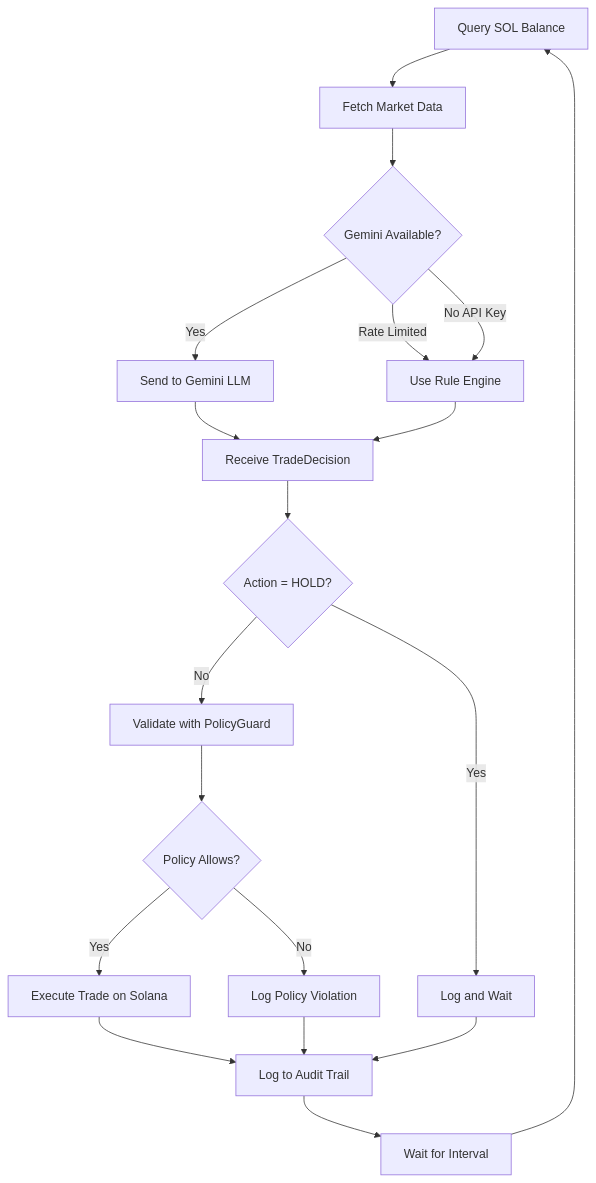
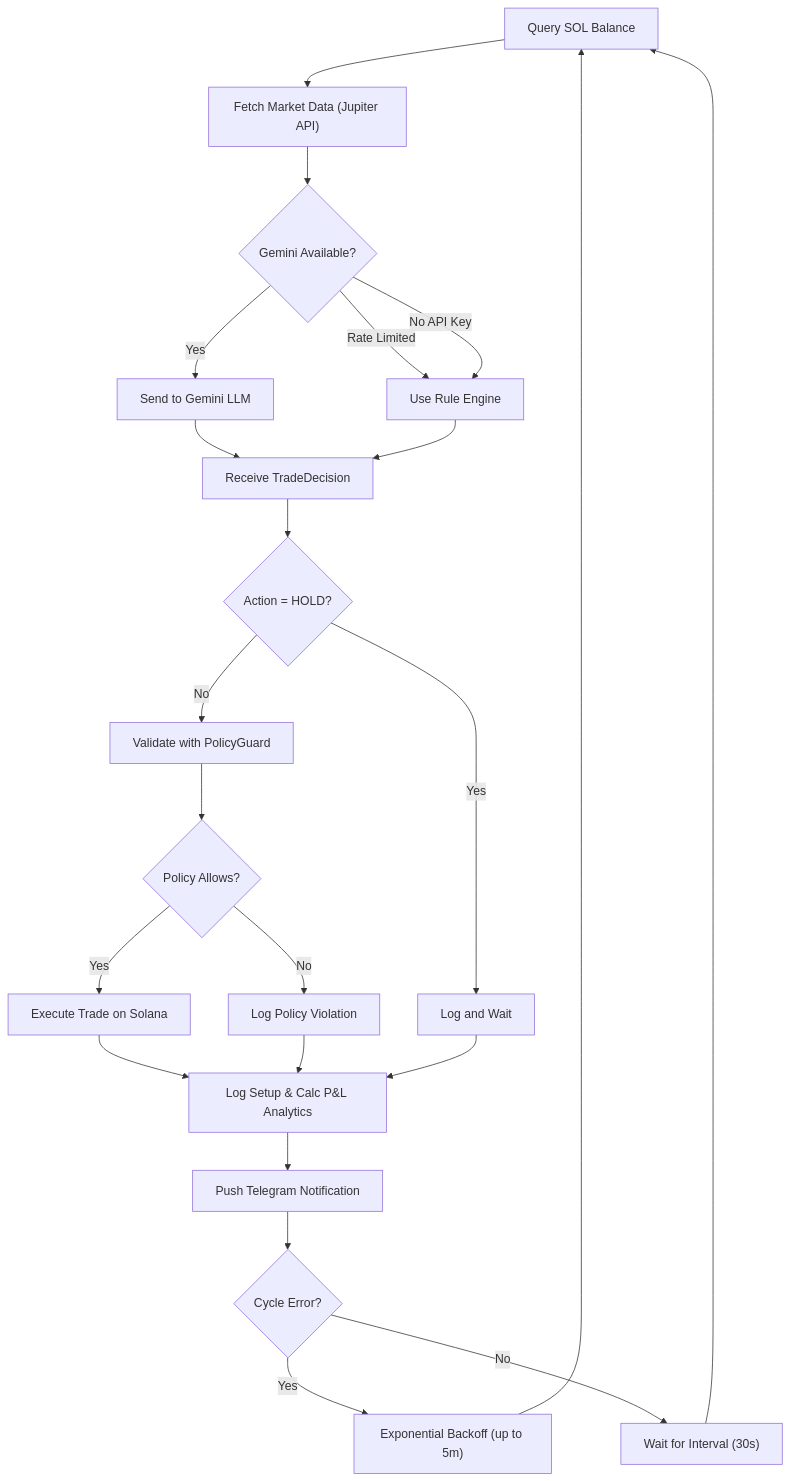
One commit to thetruesammyjay/bridle changed the diagram in SKILLS.md. Above: the diagram before and after it, drawn with Mermaid. The commit also changed other lines of this file and 4 other files, not shown here.

Commit message:
docs: update architecture diagrams and inject new dashboard screenshots

````diff
--- a/SKILLS.md
+++ b/SKILLS.md
@@ -131,21 +133,25 @@
 ```mermaid
 flowchart TD
-    A["Query SOL Balance"] --> B["Fetch Market Data"]
+    A["Query SOL Balance"] --> B["Fetch Market Data (Jupiter API)"]
     B --> C{"Gemini Available?"}
     C -->|Yes| D["Send to Gemini LLM"]
     C -->|Rate Limited| E["Use Rule Engine"]
     C -->|No API Key| E
     D --> F["Receive TradeDecision"]
     E --> F
     F --> G{"Action = HOLD?"}
     G -->|Yes| H["Log and Wait"]
     G -->|No| I["Validate with PolicyGuard"]
     I --> J{"Policy Allows?"}
     J -->|Yes| K["Execute Trade on Solana"]
     J -->|No| L["Log Policy Violation"]
-    K --> M["Log to Audit Trail"]
+    K --> M["Log Setup & Calc P&L Analytics"]
     L --> M
     H --> M
-    M --> N["Wait for Interval"]
+    M --> TG["Push Telegram Notification"]
+    TG --> O{"Cycle Error?"}
+    O -->|Yes| P["Exponential Backoff (up to 5m)"]
+    O -->|No| N["Wait for Interval (30s)"]
+    P --> A
     N --> A
 ```
````
